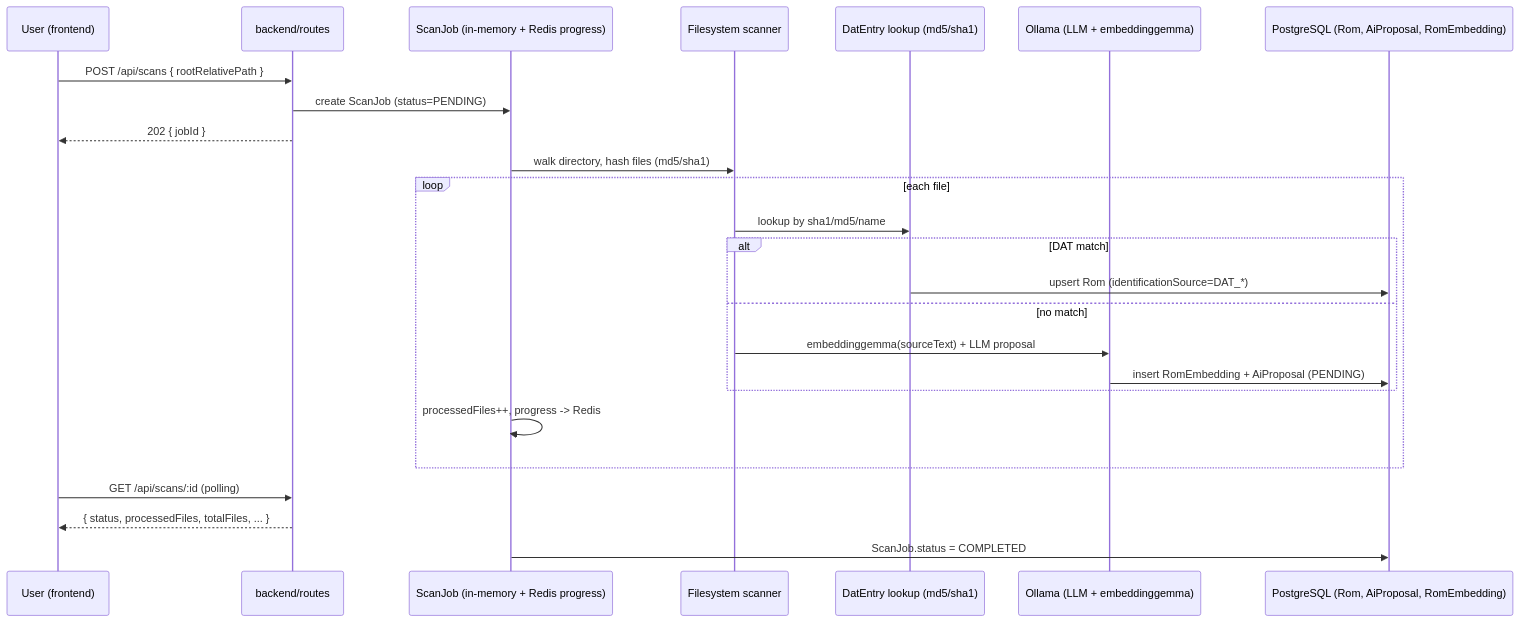
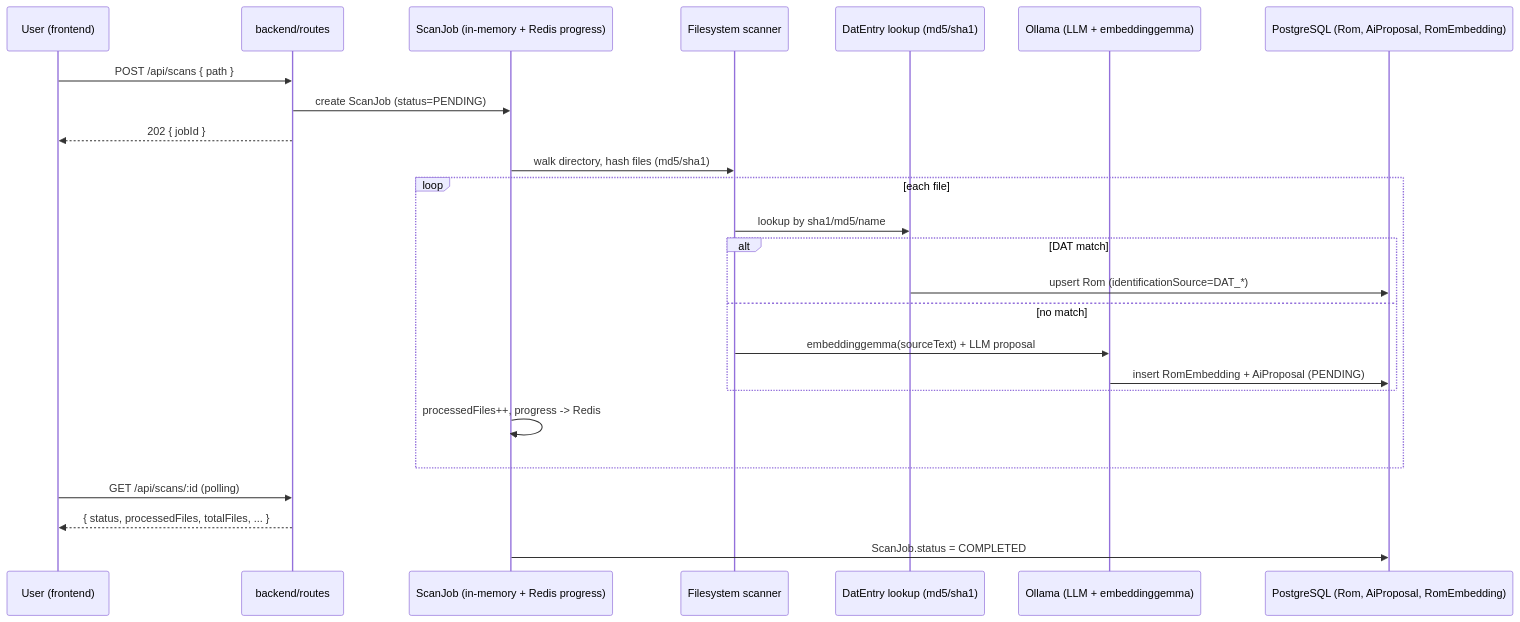
The fourth of 4 diagrams in docs/ARCHITECTURE.md (Novachocolat/rom-rag-sae-but3), drawn with Mermaid before and after one commit. The commit also changed 30 other files, not shown here.

````diff
--- a/docs/ARCHITECTURE.md
+++ b/docs/ARCHITECTURE.md
@@ -152,28 +152,28 @@
 ```mermaid
 sequenceDiagram
     participant U as User (frontend)
     participant API as backend/routes
     participant Job as ScanJob (in-memory + Redis progress)
     participant FS as Filesystem scanner
     participant DAT as DatEntry lookup (md5/sha1)
     participant AI as Ollama (LLM + embeddinggemma)
     participant DB as PostgreSQL (Rom, AiProposal, RomEmbedding)
 
-    U->>API: POST /api/scans { rootRelativePath }
+    U->>API: POST /api/scans { path }
     API->>Job: create ScanJob (status=PENDING)
     API-->>U: 202 { jobId }
     Job->>FS: walk directory, hash files (md5/sha1)
     loop each file
         FS->>DAT: lookup by sha1/md5/name
         alt DAT match
             DAT->>DB: upsert Rom (identificationSource=DAT_*)
         else no match
             FS->>AI: embeddinggemma(sourceText) + LLM proposal
             AI->>DB: insert RomEmbedding + AiProposal (PENDING)
         end
         Job->>Job: processedFiles++, progress -> Redis
     end
     U->>API: GET /api/scans/:id (polling)
     API-->>U: { status, processedFiles, totalFiles, ... }
     Job->>DB: ScanJob.status = COMPLETED
 ```
````
